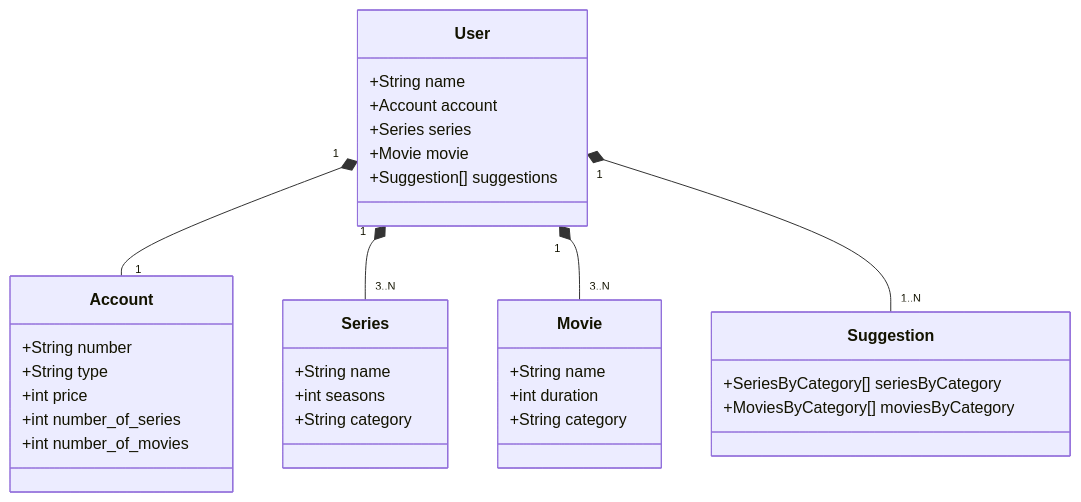
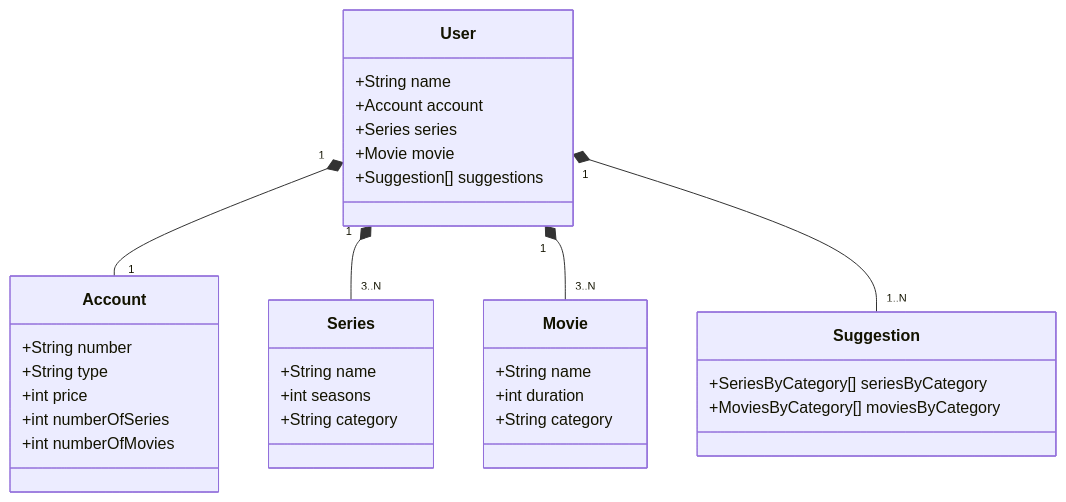
The diagram in README.md (jgabriiell/streaming-project), drawn with Mermaid before and after one commit.

````diff
--- a/README.md
+++ b/README.md
@@ -6,40 +6,40 @@
 ```mermaid
 classDiagram
     class User {
         +String name
         +Account account
         +Series series
         +Movie movie
         +Suggestion[] suggestions
     }
 
     class Account {
         +String number
         +String type
         +int price
-        +int number_of_series
-        +int number_of_movies
+        +int numberOfSeries
+        +int numberOfMovies
     }
 
     class Series {
         +String name
         +int seasons
         +String category
     }
 
     class Movie {
         +String name
         +int duration
         +String category
     }
 
     class Suggestion {
         +SeriesByCategory[] seriesByCategory
         +MoviesByCategory[] moviesByCategory
     }
 
     User "1" *-- "1" Account
     User "1" *-- "3..N" Series
     User "1" *-- "3..N" Movie
     User "1" *-- "1..N" Suggestion
 ```
````
